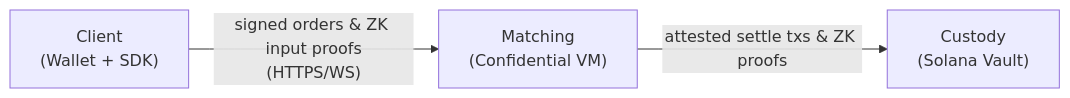
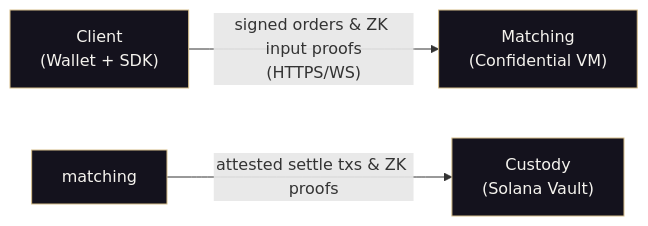
Before and after one commit to skysail-labs/website: the diagram in apps/docs/docs/get-started/01-overview.md, drawn with Mermaid. The commit also changed other lines of this file and 209 other files, not shown here.

````diff
--- a/apps/docs/docs/get-started/01-overview.md
+++ b/apps/docs/docs/get-started/01-overview.md
@@ -56,5 +56,7 @@
 ```mermaid
 flowchart LR
     CLIENT["Client<br/>(Wallet + SDK)"] -->|"signed orders & ZK input proofs<br/>(HTTPS/WS)"| MATCHING["Matching<br/>(Confidential VM)"]
-    MATCHING -->|"attested settle txs & ZK proofs"| CUSTODY["Custody<br/>(Solana Vault)"]
+    matching -->|"attested settle txs & ZK proofs"| CUSTODY["Custody<br/>(Solana Vault)"]
+    
+    classDef default fill:#14121d,stroke:#d6be8b,stroke-width:1px,color:#f5f3ee;
 ```
````
